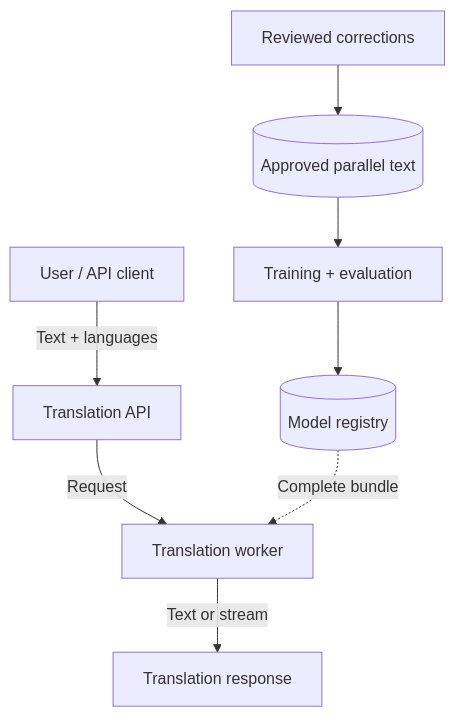
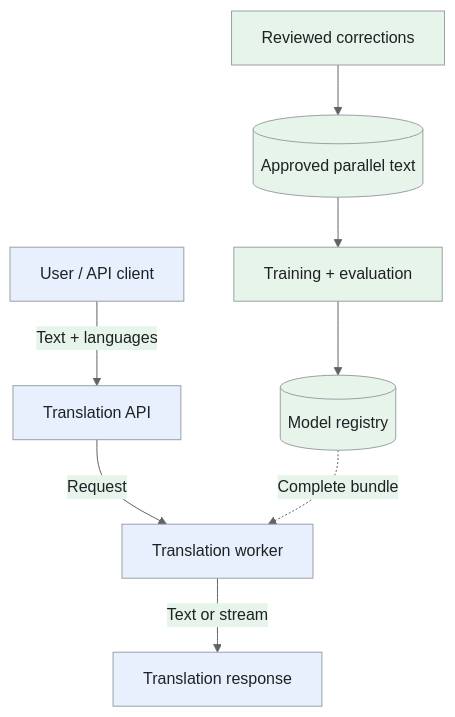
One commit to iliazlobin/iliazlobin.github.io changed the first of 3 diagrams in _designs/ml-system-design-machine-translation.md. Above: the diagram before and after it, drawn with Mermaid. The commit also changed other lines of this file and 25 other files, not shown here.

Commit message:
docs: explain Batch B design flows and tradeoffs

````diff
--- a/_designs/ml-system-design-machine-translation.md
+++ b/_designs/ml-system-design-machine-translation.md
@@ -133,10 +145,17 @@
 ```mermaid
+%%{init: {'theme':'base','themeVariables':{'primaryColor':'#e8f0fe','primaryTextColor':'#202124','primaryBorderColor':'#9aa0a6','lineColor':'#5f6368','secondaryColor':'#e6f4ea','tertiaryColor':'#fef7e0','actorBkg':'#e8f0fe','actorBorder':'#9aa0a6','actorTextColor':'#202124','noteBkgColor':'#fef7e0','noteTextColor':'#202124','noteBorderColor':'#9aa0a6','signalColor':'#5f6368','signalTextColor':'#202124','labelBoxBkgColor':'#fef7e0','labelBoxBorderColor':'#9aa0a6'}}}%%
 flowchart TB
   U["User / API client"] -->|"Text + languages"| API["Translation API"]
   API -->|"Request"| WORKER["Translation worker"]
   WORKER -->|"Text or stream"| RESULT["Translation response"]
   CORPUS[("Approved parallel text")] --> TRAIN["Training + evaluation"]
   TRAIN --> REG[("Model registry")]
   REG -.->|"Complete bundle"| WORKER
   FEEDBACK["Reviewed corrections"] --> CORPUS
+classDef request fill:#e8f0fe,stroke:#9aa0a6,color:#202124;
+classDef data fill:#e6f4ea,stroke:#9aa0a6,color:#202124;
+classDef control fill:#fef7e0,stroke:#9aa0a6,color:#202124;
+class U,API,WORKER,RESULT request;
+class CORPUS,TRAIN,REG,FEEDBACK data;
+
 ```
````
